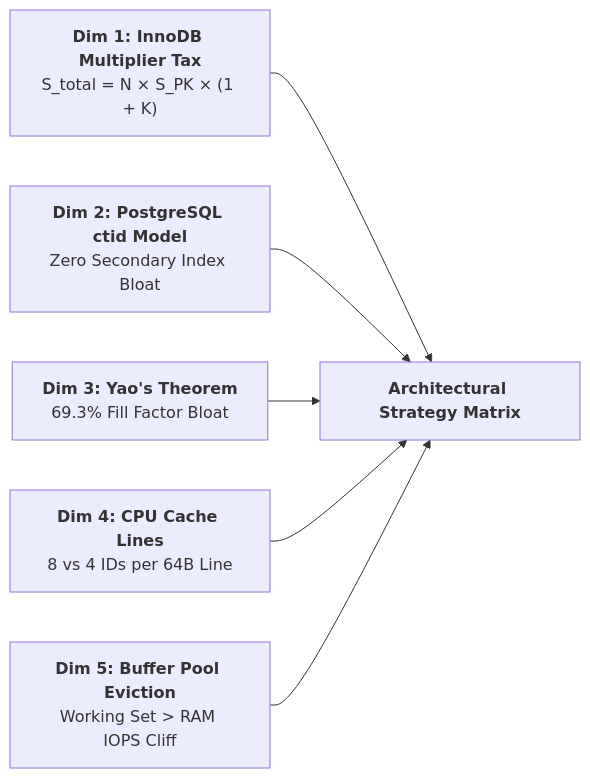
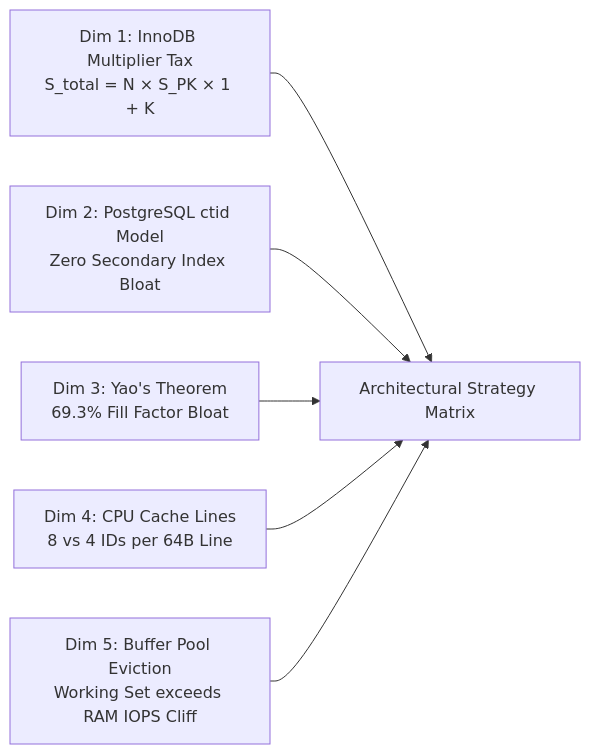
One commit to vesviet/vesviet changed the second of 7 diagrams in content/series/architectural-tradeoffs-showdowns/03-primary-key-showdown-uuidv7-vs-snowflake-vs-bigint.md. Above: the diagram before and after it, drawn with Mermaid. The commit also changed other lines of this file, not shown here.

Commit message:
fix(series): resolve mermaid 10.9 syntax errors in postgres heap and architecture diagrams

````diff
--- a/content/series/architectural-tradeoffs-showdowns/03-primary-key-showdown-uuidv7-vs-snowflake-vs-bigint.md
+++ b/content/series/architectural-tradeoffs-showdowns/03-primary-key-showdown-uuidv7-vs-snowflake-vs-bigint.md
@@ -84,14 +84,14 @@
 ```mermaid
 flowchart LR
-    D1["<b>Dim 1: InnoDB Multiplier Tax</b><br/>S_total = N × S_PK × (1 + K)"]
-    D2["<b>Dim 2: PostgreSQL ctid Model</b><br/>Zero Secondary Index Bloat"]
-    D3["<b>Dim 3: Yao's Theorem</b><br/>69.3% Fill Factor Bloat"]
-    D4["<b>Dim 4: CPU Cache Lines</b><br/>8 vs 4 IDs per 64B Line"]
-    D5["<b>Dim 5: Buffer Pool Eviction</b><br/>Working Set > RAM IOPS Cliff"]
+    D1["Dim 1: InnoDB Multiplier Tax<br/>S_total = N × S_PK × 1 + K"]
+    D2["Dim 2: PostgreSQL ctid Model<br/>Zero Secondary Index Bloat"]
+    D3["Dim 3: Yao's Theorem<br/>69.3% Fill Factor Bloat"]
+    D4["Dim 4: CPU Cache Lines<br/>8 vs 4 IDs per 64B Line"]
+    D5["Dim 5: Buffer Pool Eviction<br/>Working Set exceeds RAM IOPS Cliff"]
 
-    D1 --> Analysis["<b>Architectural Strategy Matrix</b>"]
+    D1 --> Analysis["Architectural Strategy Matrix"]
     D2 --> Analysis
     D3 --> Analysis
     D4 --> Analysis
     D5 --> Analysis
 ```
````
